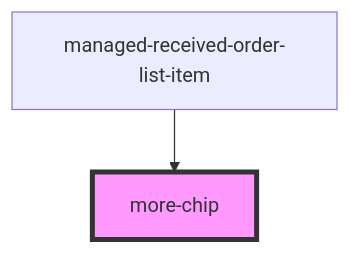
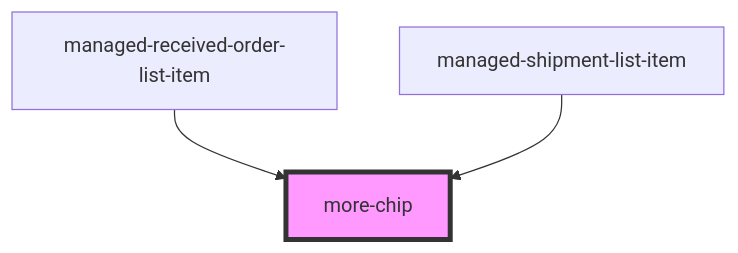
Before and after one commit to PharmaLedger-IMI/fgt-workspace: the diagram in pdm-web-components/src/components/more-chip/readme.md, drawn with Mermaid. The commit also changed other lines of this file and 33 other files, not shown here.

````diff
--- a/pdm-web-components/src/components/more-chip/readme.md
+++ b/pdm-web-components/src/components/more-chip/readme.md
@@ -33,5 +34,6 @@
 ```mermaid
 graph TD;
   managed-received-order-list-item --> more-chip
+  managed-shipment-list-item --> more-chip
   style more-chip fill:#f9f,stroke:#333,stroke-width:4px
 ```
````
